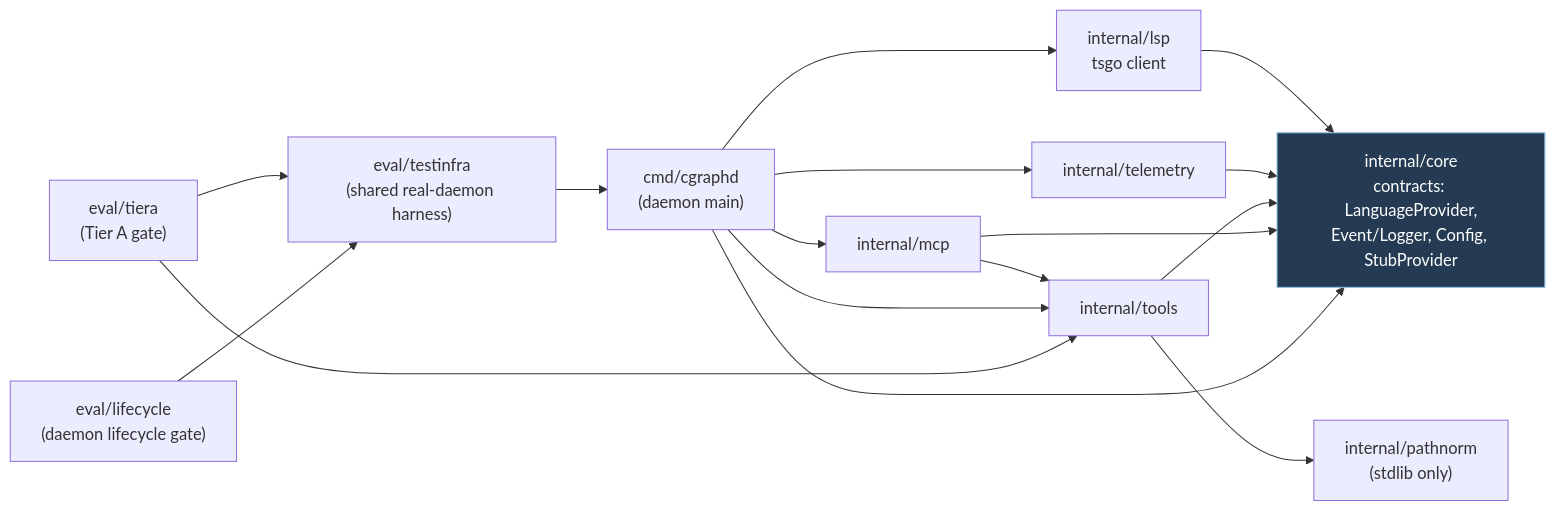
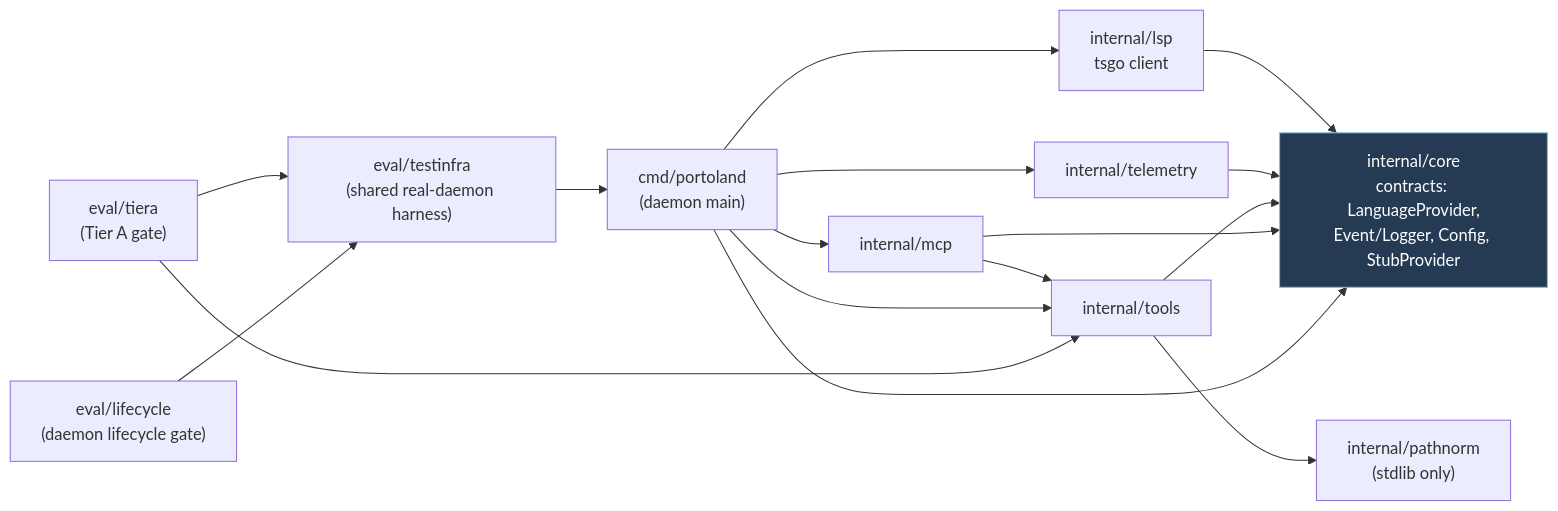
One commit to skflowne/portolan changed the fourth of 6 diagrams in ARCHITECTURE.md. Above: the diagram before and after it, drawn with Mermaid. The commit also changed other lines of this file and 30 other files, not shown here.

First line of the commit message:
rename: code-graph-harness -> portolan

````diff
--- a/ARCHITECTURE.md
+++ b/ARCHITECTURE.md
@@ -160,32 +160,32 @@
 ```mermaid
 flowchart LR
     core["internal/core<br/>contracts: LanguageProvider,<br/>Event/Logger, Config, StubProvider"]
     lsp["internal/lsp<br/>tsgo client"]
     path["internal/pathnorm<br/>(stdlib only)"]
     tel["internal/telemetry"]
     tools["internal/tools"]
     mcp["internal/mcp"]
-    cmd["cmd/cgraphd<br/>(daemon main)"]
+    cmd["cmd/portoland<br/>(daemon main)"]
     eval["eval/tiera<br/>(Tier A gate)"]
     lifecycle["eval/lifecycle<br/>(daemon lifecycle gate)"]
     testinfra["eval/testinfra<br/>(shared real-daemon harness)"]
 
     lsp --> core
     tel --> core
     tools --> core
     tools --> path
     mcp --> core
     mcp --> tools
     cmd --> core
     cmd --> lsp
     cmd --> tel
     cmd --> mcp
     cmd --> tools
     eval --> tools
     eval --> testinfra
     lifecycle --> testinfra
     testinfra --> cmd
 
     classDef center fill:#243b53,stroke:#8bd,color:#fff;
     class core center;
 ```
````
